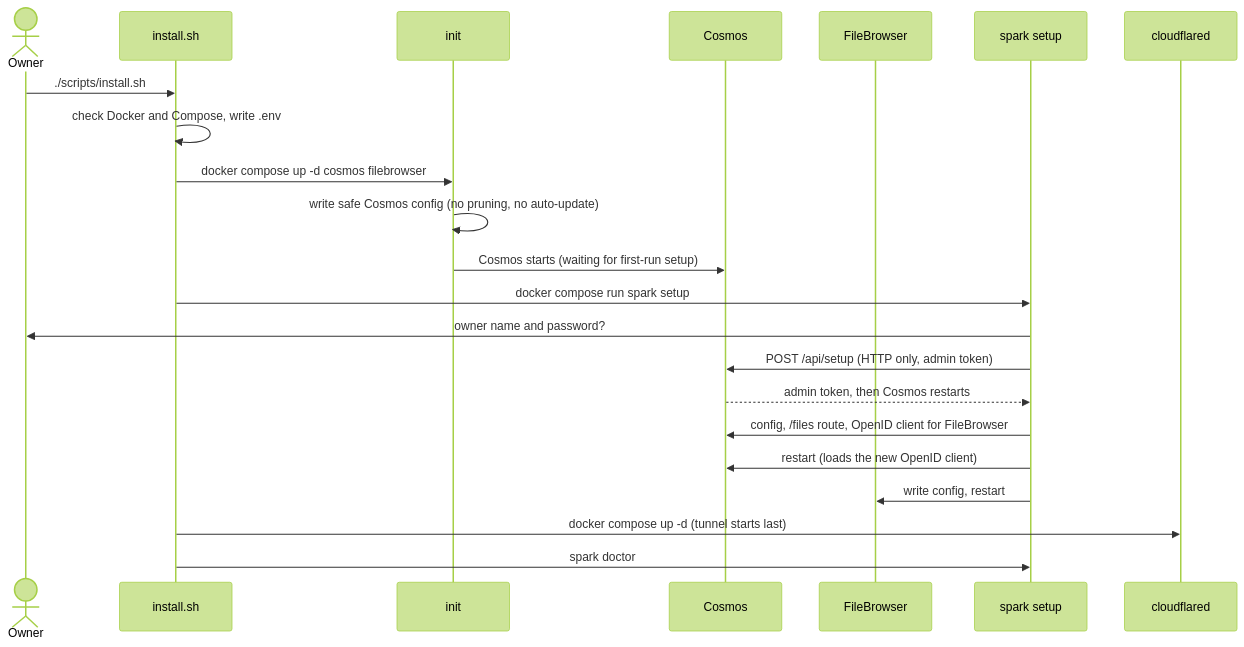
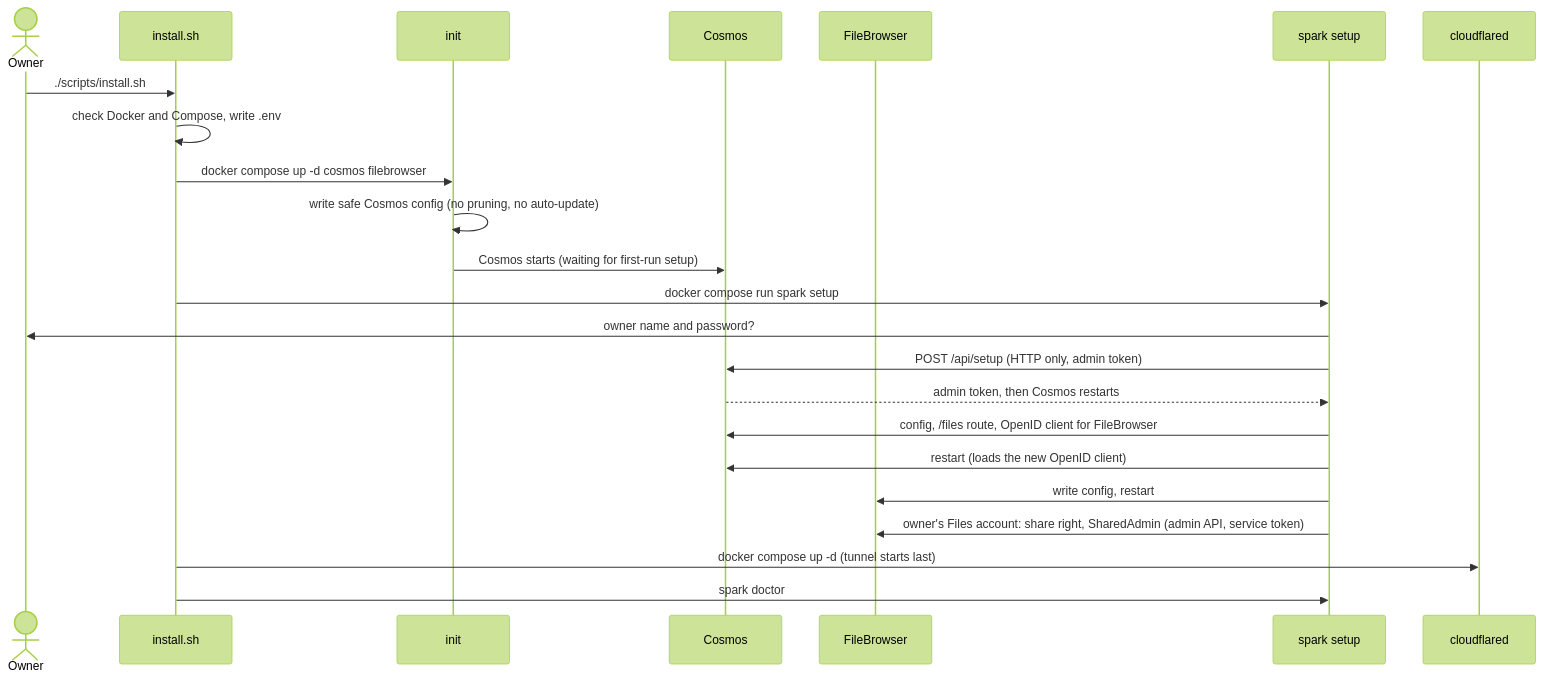
One commit to ArunCS1005/SPARK-2.0 changed the fourth of 9 diagrams in docs/architecture.md. Above: the diagram before and after it, drawn with Mermaid (forest theme). The commit also changed 17 other files, not shown here.

First line of the commit message:
Give the owner write access to Shared and share links from the first sign-in

````diff
--- a/docs/architecture.md
+++ b/docs/architecture.md
@@ -124,24 +124,25 @@
 ```mermaid
 sequenceDiagram
     actor O as Owner
     participant I as install.sh
     participant N as init
     participant C as Cosmos
     participant F as FileBrowser
     participant S as spark setup
     participant T as cloudflared
     O->>I: ./scripts/install.sh
     I->>I: check Docker and Compose, write .env
     I->>N: docker compose up -d cosmos filebrowser
     N->>N: write safe Cosmos config (no pruning, no auto-update)
     N->>C: Cosmos starts (waiting for first-run setup)
     I->>S: docker compose run spark setup
     S->>O: owner name and password?
     S->>C: POST /api/setup (HTTP only, admin token)
     C-->>S: admin token, then Cosmos restarts
     S->>C: config, /files route, OpenID client for FileBrowser
     S->>C: restart (loads the new OpenID client)
     S->>F: write config, restart
+    S->>F: owner's Files account: share right, SharedAdmin (admin API, service token)
     I->>T: docker compose up -d (tunnel starts last)
     I->>S: spark doctor
 ```
````
